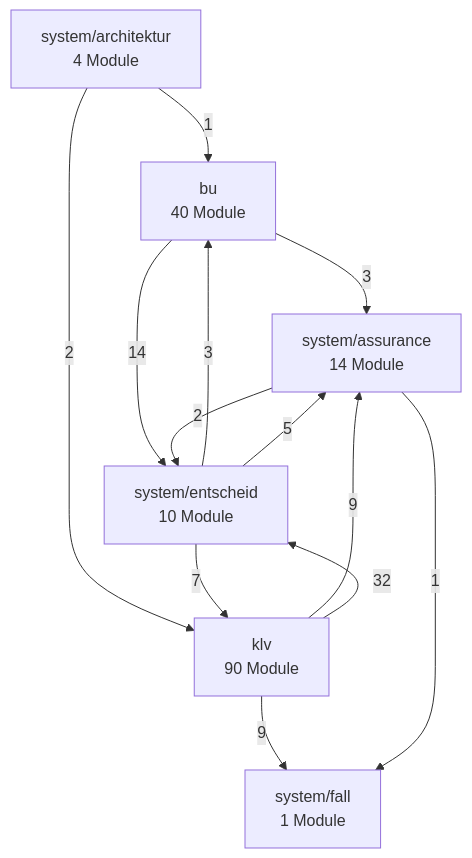
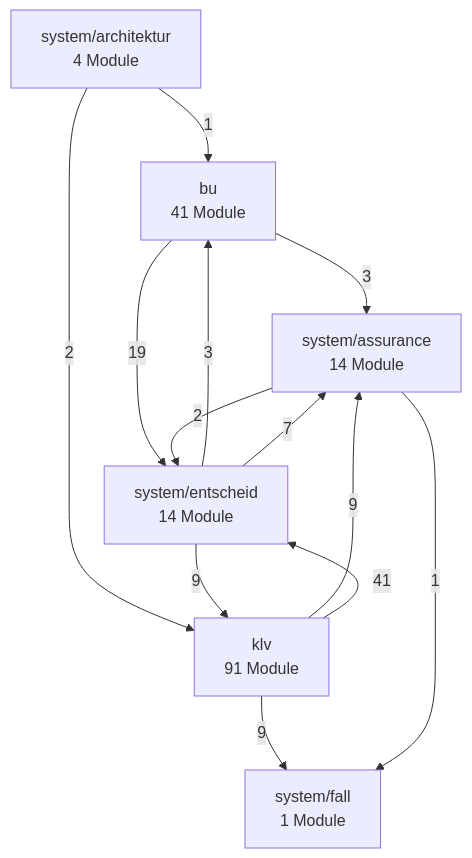
One commit to bartlmac/rechner-pipeline changed the second of 3 diagrams in docs/architektur/landkarte.md. Above: the diagram before and after it, drawn with Mermaid. The commit also changed other lines of this file and 64 other files, not shown here.

````diff
--- a/docs/architektur/landkarte.md
+++ b/docs/architektur/landkarte.md
@@ -78,22 +78,22 @@
 ```mermaid
 %% Fachknoten — erzeugt von ontologie.landkarte
 flowchart TD
-    bu["bu<br/>40 Module"]
-    klv["klv<br/>90 Module"]
+    bu["bu<br/>41 Module"]
+    klv["klv<br/>91 Module"]
     system_architektur["system/architektur<br/>4 Module"]
     system_assurance["system/assurance<br/>14 Module"]
-    system_entscheid["system/entscheid<br/>10 Module"]
+    system_entscheid["system/entscheid<br/>14 Module"]
     system_fall["system/fall<br/>1 Module"]
     bu -- 3 --> system_assurance
-    bu -- 14 --> system_entscheid
+    bu -- 19 --> system_entscheid
     klv -- 9 --> system_assurance
-    klv -- 32 --> system_entscheid
+    klv -- 41 --> system_entscheid
     klv -- 9 --> system_fall
     system_architektur -- 1 --> bu
     system_architektur -- 2 --> klv
     system_assurance -- 2 --> system_entscheid
     system_assurance -- 1 --> system_fall
     system_entscheid -- 3 --> bu
-    system_entscheid -- 7 --> klv
-    system_entscheid -- 5 --> system_assurance
+    system_entscheid -- 9 --> klv
+    system_entscheid -- 7 --> system_assurance
 ```
````
